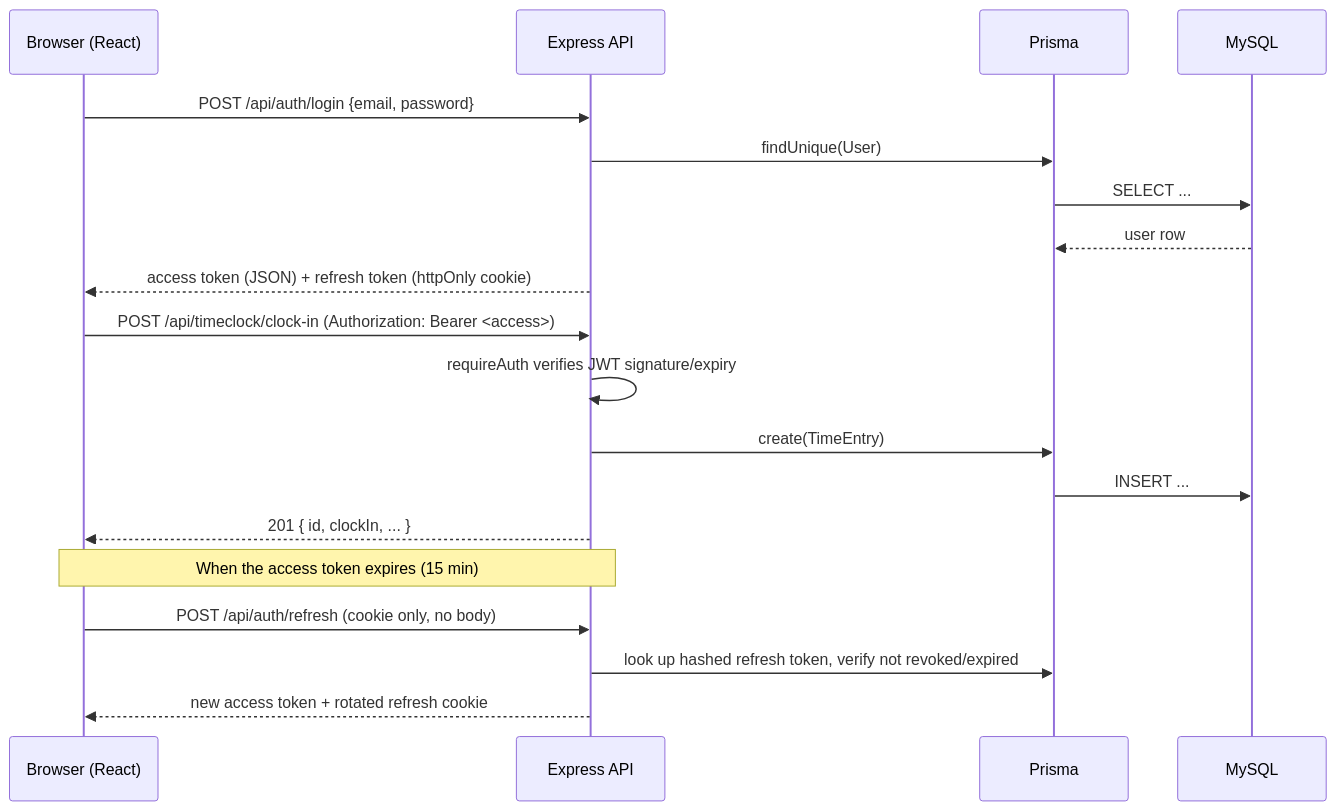
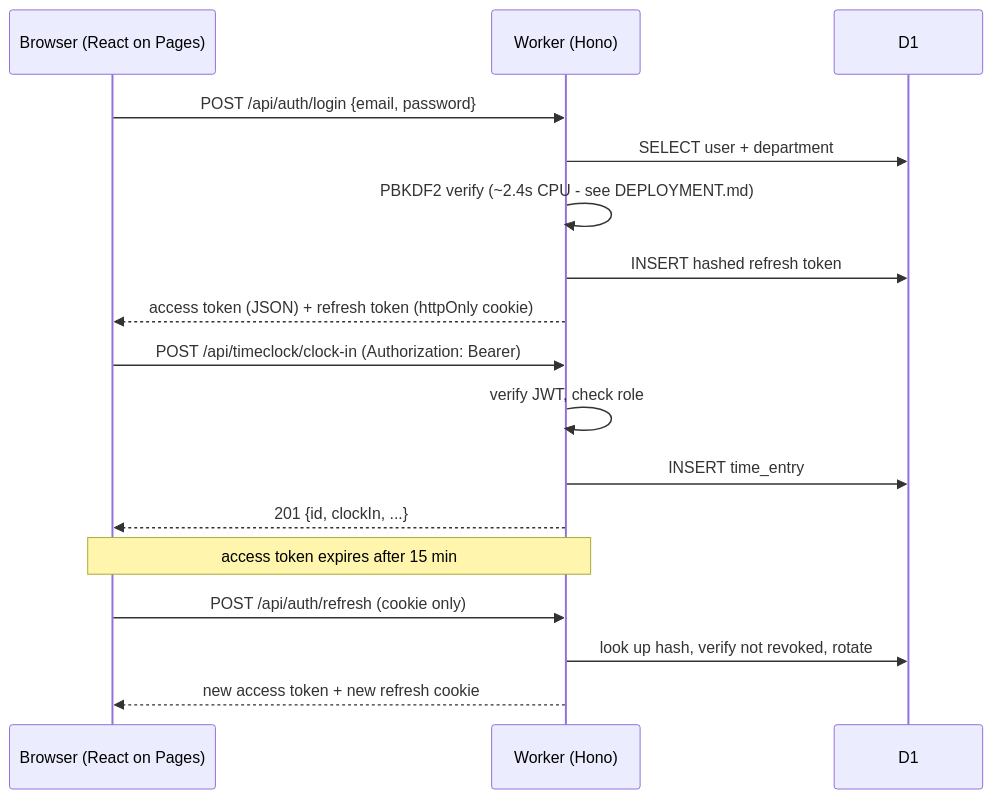
One commit to drewjeanette/Talon changed the diagram in docs/ARCHITECTURE.md. Above: the diagram before and after it, drawn with Mermaid. The commit also changed other lines of this file and 78 other files, not shown here.

````diff
--- a/docs/ARCHITECTURE.md
+++ b/docs/ARCHITECTURE.md
@@ -39,24 +46,22 @@
 ```mermaid
 sequenceDiagram
-    participant B as Browser (React)
-    participant A as Express API
-    participant P as Prisma
-    participant D as MySQL
+    participant B as Browser (React on Pages)
+    participant W as Worker (Hono)
+    participant D as D1
 
-    B->>A: POST /api/auth/login {email, password}
-    A->>P: findUnique(User)
-    P->>D: SELECT ...
-    D-->>P: user row
-    A-->>B: access token (JSON) + refresh token (httpOnly cookie)
+    B->>W: POST /api/auth/login {email, password}
+    W->>D: SELECT user + department
+    W->>W: PBKDF2 verify (~2.4s CPU - see DEPLOYMENT.md)
+    W->>D: INSERT hashed refresh token
+    W-->>B: access token (JSON) + refresh token (httpOnly cookie)
 
-    B->>A: POST /api/timeclock/clock-in (Authorization: Bearer <access>)
-    A->>A: requireAuth verifies JWT signature/expiry
-    A->>P: create(TimeEntry)
-    P->>D: INSERT ...
-    A-->>B: 201 { id, clockIn, ... }
+    B->>W: POST /api/timeclock/clock-in (Authorization: Bearer)
+    W->>W: verify JWT, check role
+    W->>D: INSERT time_entry
+    W-->>B: 201 {id, clockIn, ...}
 
-    Note over B,A: When the access token expires (15 min)
-    B->>A: POST /api/auth/refresh (cookie only, no body)
-    A->>P: look up hashed refresh token, verify not revoked/expired
-    A-->>B: new access token + rotated refresh cookie
+    Note over B,W: access token expires after 15 min
+    B->>W: POST /api/auth/refresh (cookie only)
+    W->>D: look up hash, verify not revoked, rotate
+    W-->>B: new access token + new refresh cookie
 ```
````
